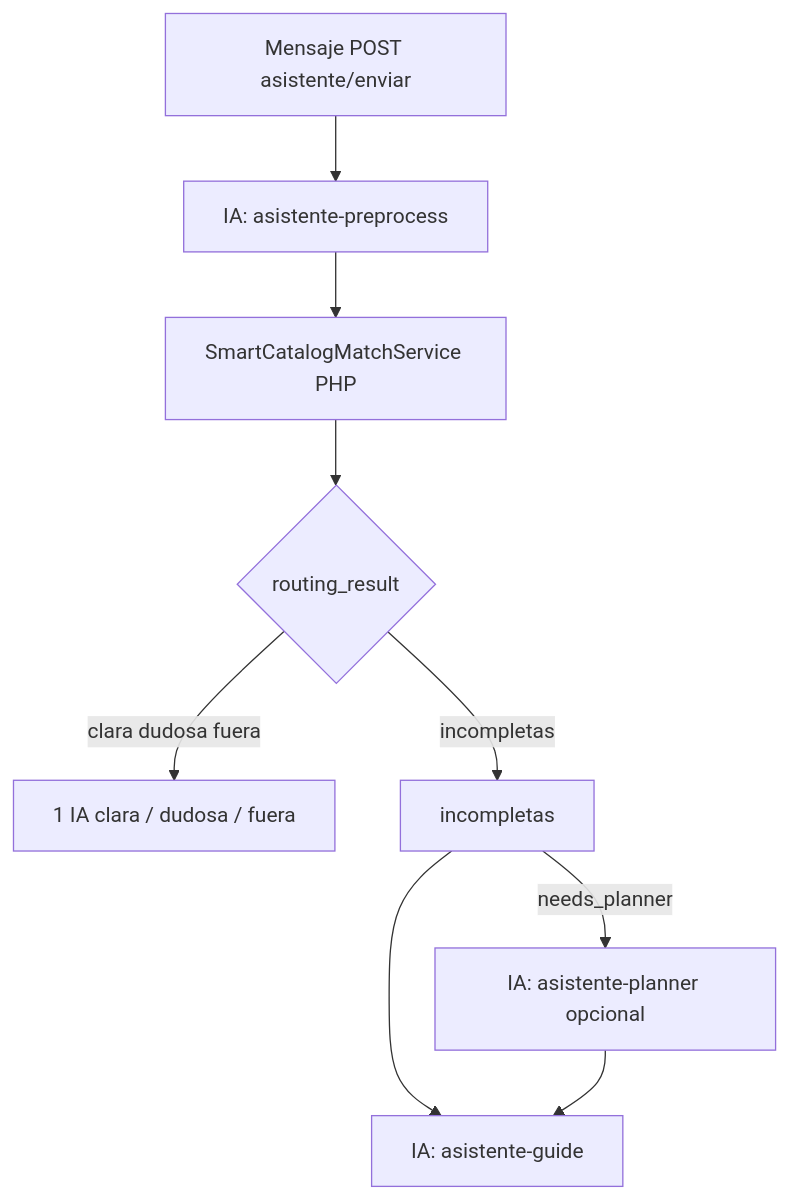
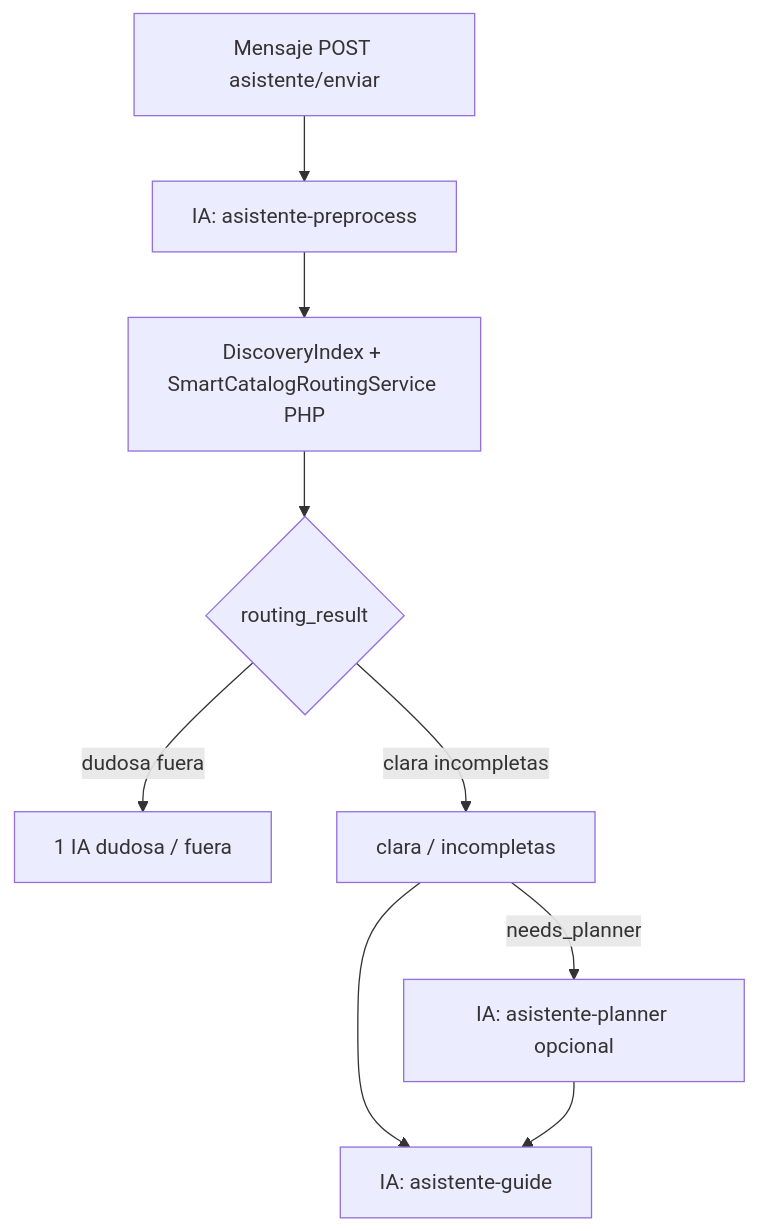
One commit to luischanferoni/bioenlace changed the first of 2 diagrams in web/docs/costos/estrategias-reduccion/matriz-casos-uso.md. Above: the diagram before and after it, drawn with Mermaid. The commit also changed other lines of this file and 45 other files, not shown here.

````diff
--- a/web/docs/costos/estrategias-reduccion/matriz-casos-uso.md
+++ b/web/docs/costos/estrategias-reduccion/matriz-casos-uso.md
@@ -26,15 +26,15 @@
 ```mermaid
 flowchart TB
   M[Mensaje POST asistente/enviar]
   P[IA: asistente-preprocess]
-  MCH[SmartCatalogMatchService PHP]
+  MCH[DiscoveryIndex + SmartCatalogRoutingService PHP]
   H{routing_result}
-  D[1 IA clara / dudosa / fuera]
-  INC[incompletas]
+  D[1 IA dudosa / fuera]
+  INC[clara / incompletas]
   G[IA: asistente-guide]
   PLN[IA: asistente-planner opcional]
   M --> P --> MCH --> H
-  H -->|clara dudosa fuera| D
-  H -->|incompletas| INC --> G
+  H -->|dudosa fuera| D
+  H -->|clara incompletas| INC --> G
   INC -->|needs_planner| PLN --> G
 ```
````
